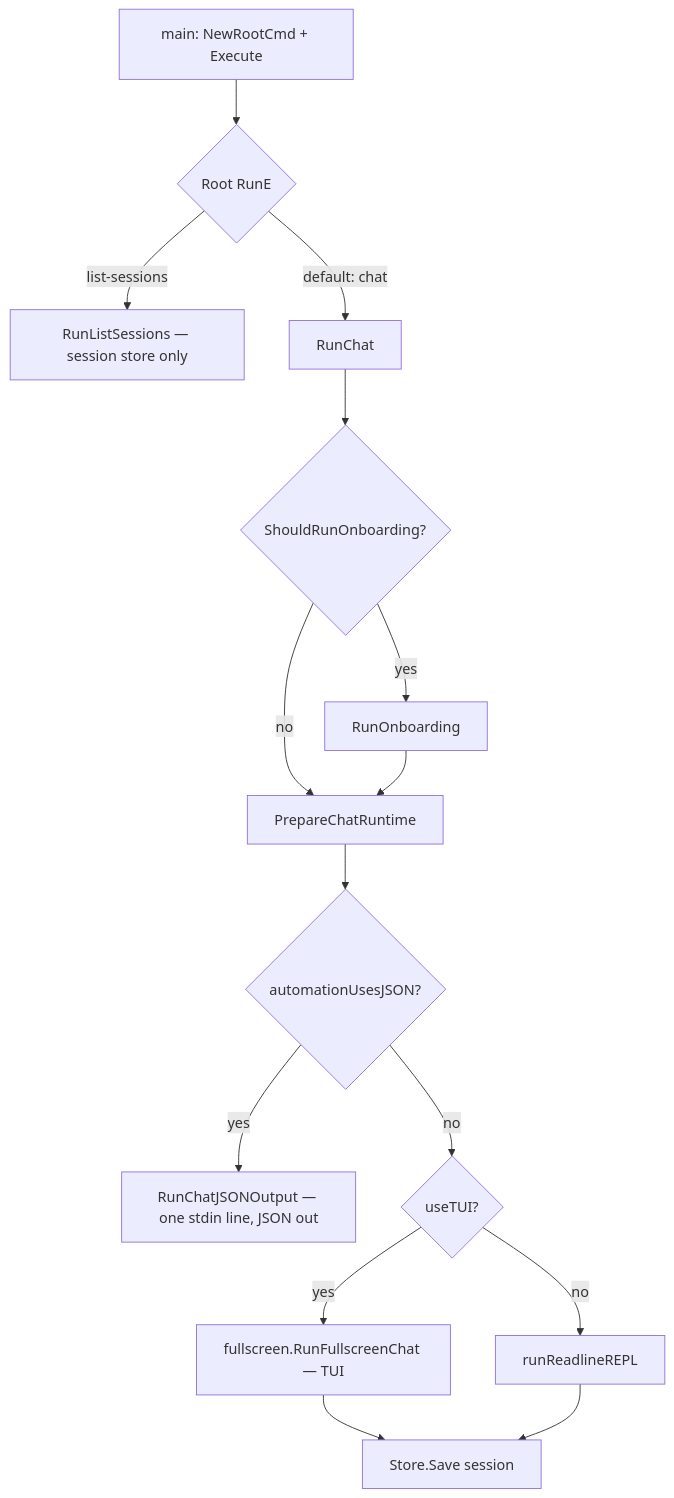
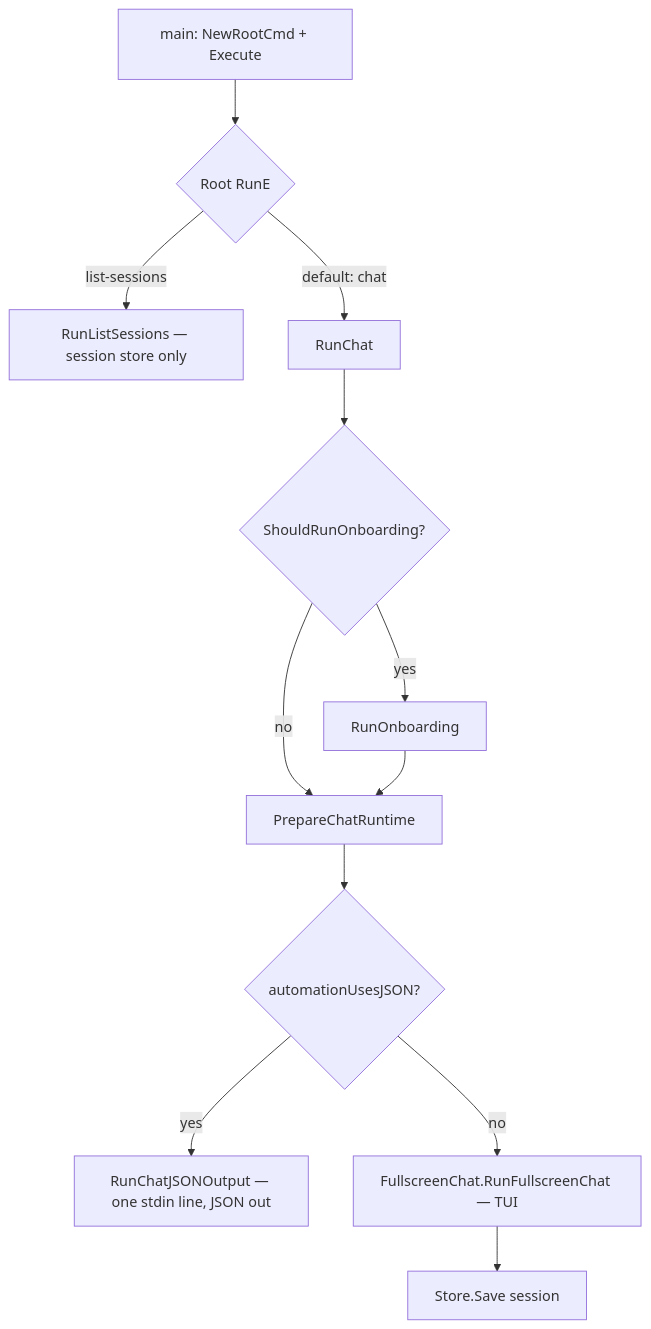
One commit to okuzpe/go-code changed the second of 6 diagrams in docs/architecture.md. Above: the diagram before and after it, drawn with Mermaid. The commit also changed other lines of this file and 23 other files, not shown here.

````diff
--- a/docs/architecture.md
+++ b/docs/architecture.md
@@ -88,17 +88,14 @@
 ```mermaid
 flowchart TD
   M[main: NewRootCmd + Execute] --> R{Root RunE}
   R -->|list-sessions| LS[RunListSessions — session store only]
   R -->|default: chat| RC[RunChat]
   RC --> OB{ShouldRunOnboarding?}
   OB -->|yes| ONB[RunOnboarding]
   OB -->|no| PCR[PrepareChatRuntime]
   ONB --> PCR
   PCR --> JSON{automationUsesJSON?}
   JSON -->|yes| JOUT[RunChatJSONOutput — one stdin line, JSON out]
-  JSON -->|no| TUI{useTUI?}
-  TUI -->|yes| FS[fullscreen.RunFullscreenChat — TUI]
-  TUI -->|no| REPL[runReadlineREPL]
+  JSON -->|no| FS[FullscreenChat.RunFullscreenChat — TUI]
   FS --> SAVE[Store.Save session]
-  REPL --> SAVE
 ```
````
